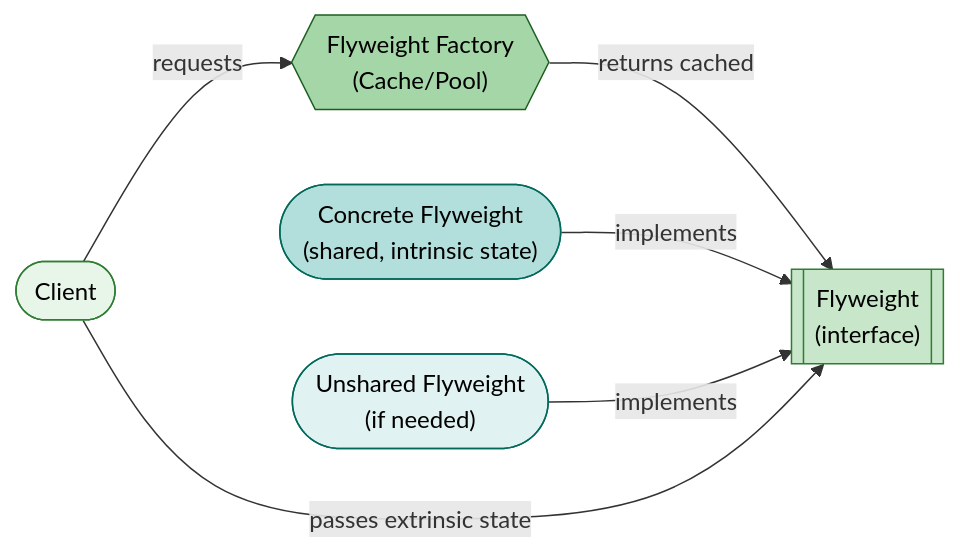
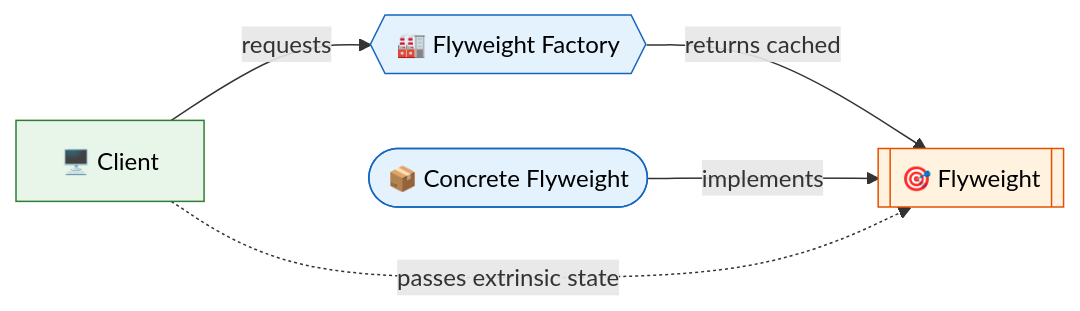
The second of 4 diagrams in docs/designpatterns/structuralDesignPatterns/flyweightdesignpattern.md (saivamsikaruturi/vamsilabs-dev-notes-main), drawn with Mermaid before and after one commit. The commit also changed other lines of this file and 42 other files, not shown here.

````diff
--- a/docs/designpatterns/structuralDesignPatterns/flyweightdesignpattern.md
+++ b/docs/designpatterns/structuralDesignPatterns/flyweightdesignpattern.md
@@ -48,20 +30,12 @@
 ```mermaid
 flowchart LR
-    Client(["Client"])
-    Factory{{"Flyweight Factory\n(Cache/Pool)"}}
-    Flyweight[["Flyweight\n(interface)"]]
-    ConcreteFW(["Concrete Flyweight\n(shared, intrinsic state)"])
-    UnsharedFW(["Unshared Flyweight\n(if needed)"])
+    Client["🖥️ Client"] -->|"requests"| Factory{{"🏭 Flyweight Factory"}}
+    Factory -->|"returns cached"| FW[["🎯 Flyweight"]]
+    ConcreteFW(["📦 Concrete Flyweight"]) -->|"implements"| FW
+    Client -.->|"passes extrinsic state"| FW
 
-    Client -->|requests| Factory
-    Factory -->|returns cached| Flyweight
-    ConcreteFW -->|implements| Flyweight
-    UnsharedFW -->|implements| Flyweight
-    Client -->|passes extrinsic state| Flyweight
-
-    style Client fill:#e8f5e9,stroke:#2e7d32,color:#000
-    style Factory fill:#a5d6a7,stroke:#1b5e20,color:#000
-    style Flyweight fill:#c8e6c9,stroke:#2e7d32,color:#000
-    style ConcreteFW fill:#b2dfdb,stroke:#00695c,color:#000
-    style UnsharedFW fill:#e0f2f1,stroke:#00695c,color:#000
+    style Client fill:#E8F5E9,stroke:#2E7D32,color:#000
+    style Factory fill:#E3F2FD,stroke:#1565C0,color:#000
+    style FW fill:#FFF3E0,stroke:#E65100,color:#000
+    style ConcreteFW fill:#E3F2FD,stroke:#1565C0,color:#000
 ```
````
